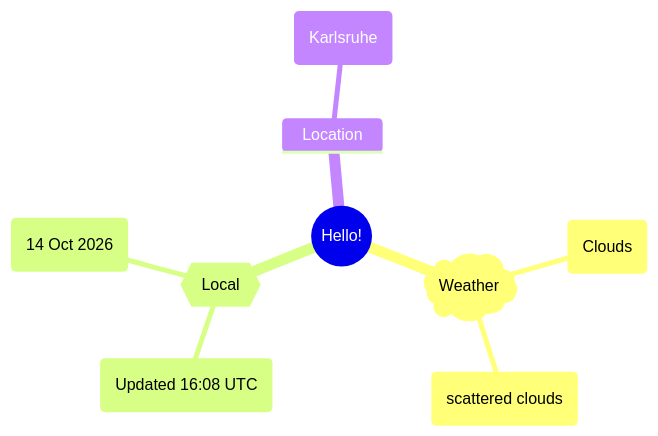
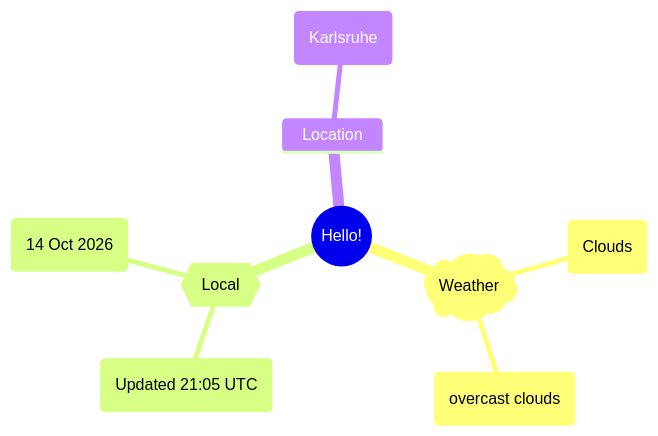
The first of 2 diagrams in README.md (Xosrov/Xosrov), drawn with Mermaid before and after one commit.

Commit message:
[bot] updated images

````diff
--- a/README.md
+++ b/README.md
@@ -3,12 +3,12 @@
 ```mermaid
 mindmap
   root((Hello!))
     )Weather(
         (Clouds)
-        (scattered clouds)
+        (overcast clouds)
     {{Local}}
-        (Updated 16:08 UTC)
+        (Updated 21:05 UTC)
         (14 Oct 2026)
     Location
         (Karlsruhe)
 ```
````
